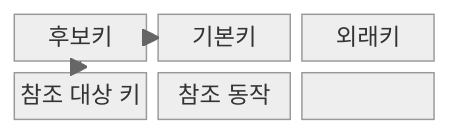
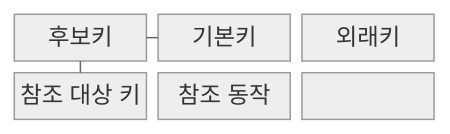
The first of 2 diagrams in src/content/docs/notes/03-software/092_entity_referential_integrity.md (agnusdei1207/knowledge-base), drawn with Mermaid (neutral theme) before and after one commit. The commit also changed other lines of this file and 493 other files, not shown here.

````diff
--- a/src/content/docs/notes/03-software/092_entity_referential_integrity.md
+++ b/src/content/docs/notes/03-software/092_entity_referential_integrity.md
@@ -69,12 +69,12 @@
 ```mermaid
-block
+block-beta
   columns 3
   C["후보키"]
   P["기본키"]
   F["외래키"]
   T["참조 대상 키"]
   A["참조 동작"]
-  C --> P
-  C --> T
-  F --> T --> A
+  C --- P
+  C --- T
+  F --- T --- A
 ```
````
